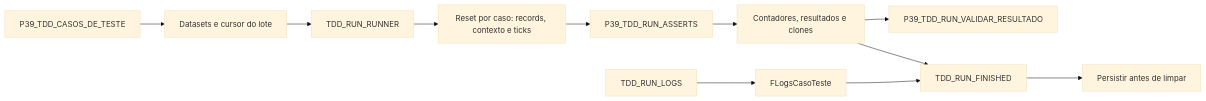
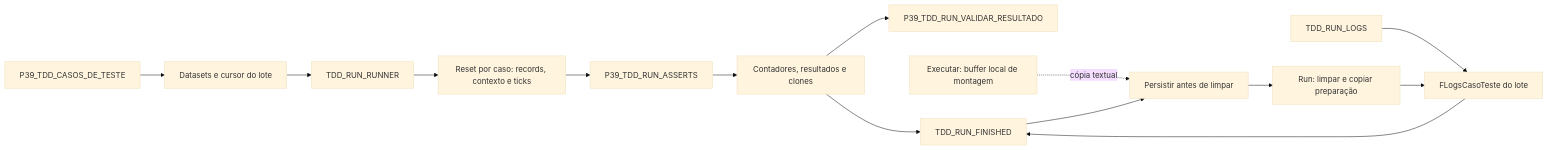
The diagram in docs/MAPEAMENTO_AST_USES_UNITS/runner/estados.md (ModulosTestesAutomatizados/TestesAutomatizadosERP), drawn with Mermaid (base theme) before and after one commit. The commit also changed other lines of this file and 28 other files, not shown here.

````diff
--- a/docs/MAPEAMENTO_AST_USES_UNITS/runner/estados.md
+++ b/docs/MAPEAMENTO_AST_USES_UNITS/runner/estados.md
@@ -3,13 +3,16 @@
 ```mermaid
 flowchart LR
  P39_TDD_CASOS_DE_TESTE --> C["Datasets e cursor do lote"]
  C --> TDD_RUN_RUNNER
  TDD_RUN_RUNNER --> R["Reset por caso: records, contexto e ticks"]
  R --> P39_TDD_RUN_ASSERTS
  P39_TDD_RUN_ASSERTS --> A["Contadores, resultados e clones"]
  A --> P39_TDD_RUN_VALIDAR_RESULTADO
  A --> TDD_RUN_FINISHED
- TDD_RUN_LOGS --> L["FLogsCasoTeste"]
+ I["Executar: buffer local de montagem"] -. "cópia textual" .-> P["FLogsPreparacao do molde"]
+ P --> R0["Run: limpar e copiar preparação"]
+ TDD_RUN_LOGS --> L["FLogsCasoTeste do lote"]
+ R0 --> L
  L --> TDD_RUN_FINISHED
  TDD_RUN_FINISHED --> P["Persistir antes de limpar"]
 ```
````
